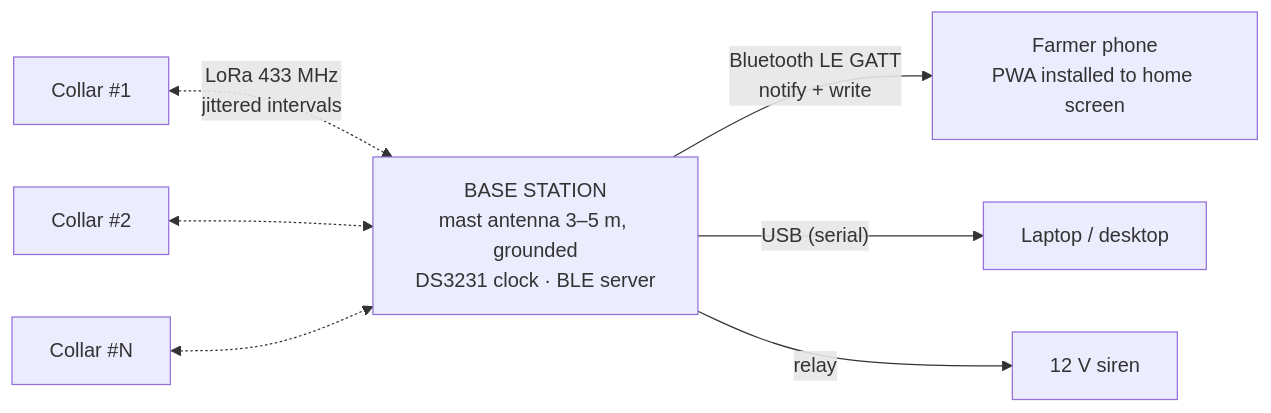
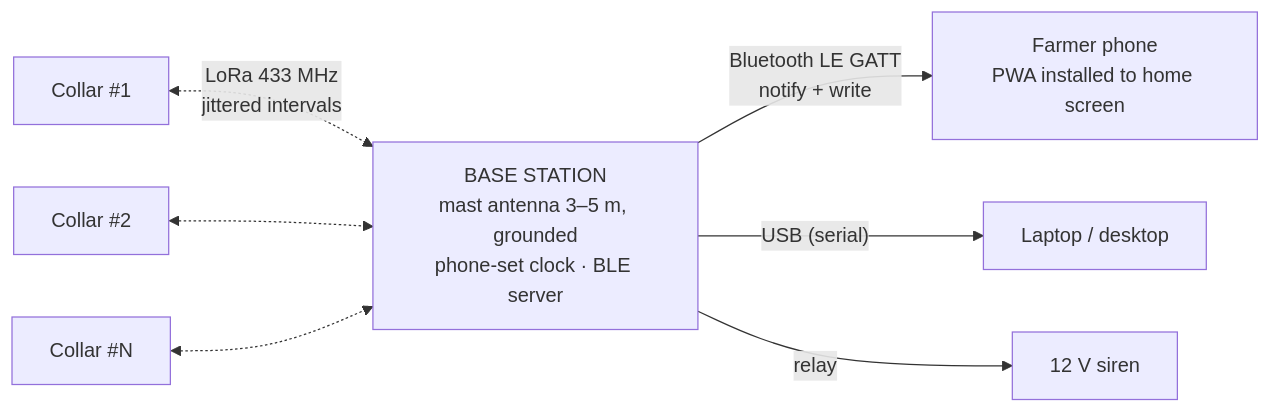
The second of 3 diagrams in docs/SYSTEM-ARCHITECTURE.md (qppd/smart-collar), drawn with Mermaid before and after one commit. The commit also changed other lines of this file and 11 other files, not shown here.

First line of the commit message:
Remove DS3231: base clock syncs from the phone over BLE (TIME_SET)

````diff
--- a/docs/SYSTEM-ARCHITECTURE.md
+++ b/docs/SYSTEM-ARCHITECTURE.md
@@ -61,9 +61,9 @@
 ```mermaid
 flowchart LR
-    C1["Collar #1"] <-. "LoRa 433 MHz<br/>jittered intervals" .-> BASE["BASE STATION<br/>mast antenna 3–5 m, grounded<br/>DS3231 clock · BLE server"]
+    C1["Collar #1"] <-. "LoRa 433 MHz<br/>jittered intervals" .-> BASE["BASE STATION<br/>mast antenna 3–5 m, grounded<br/>phone-set clock · BLE server"]
     C2["Collar #2"] <-.-> BASE
     CN["Collar #N"] <-.-> BASE
     BASE -- "Bluetooth LE GATT<br/>notify + write" --> PHONE["Farmer phone<br/>PWA installed to home screen"]
     BASE -- "USB (serial)" --> LAPTOP["Laptop / desktop"]
     BASE -- "relay" --> SIREN["12 V siren"]
 ```
````
